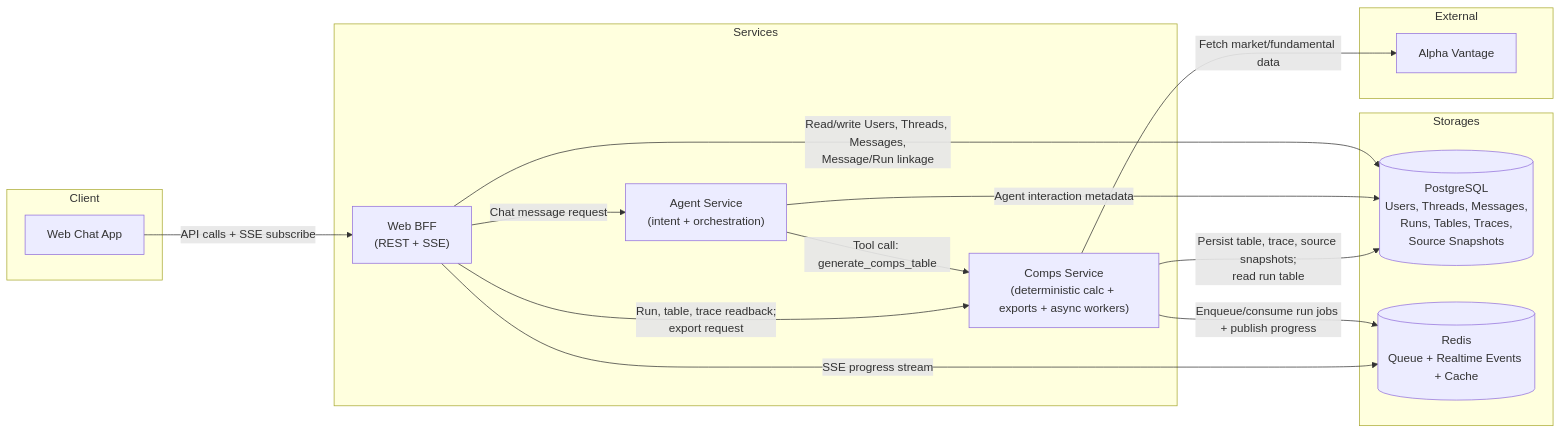
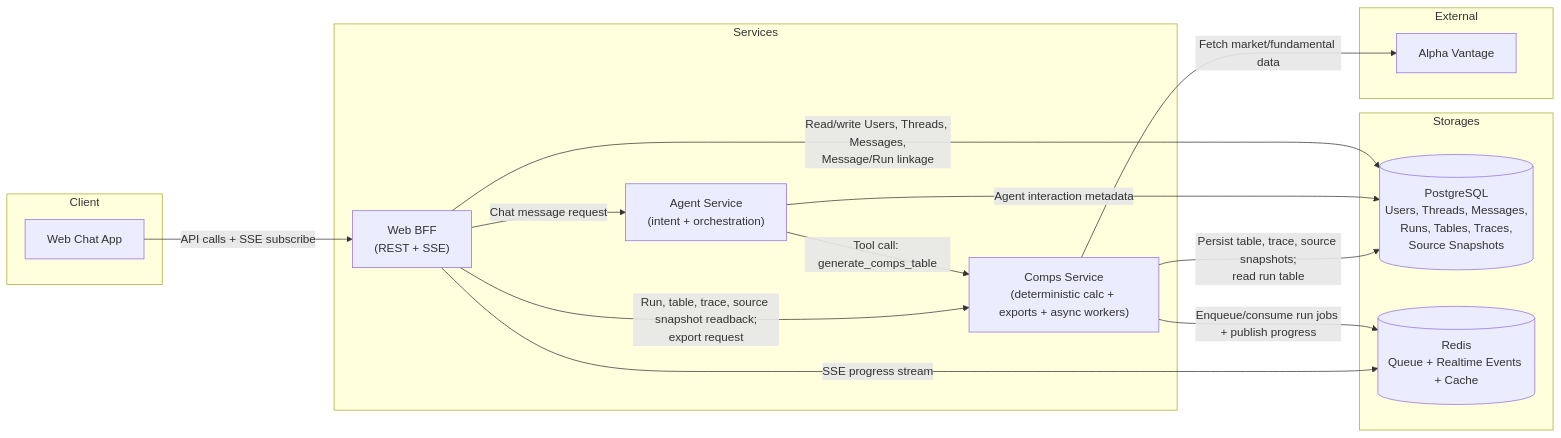
The diagram in docs/adr/ADR-001-mvp-high-level-architecture.md (zer0plus/talk-to-your-stock), drawn with Mermaid before and after one commit. The commit also changed 14 other files, not shown here.

Commit message:
Complete the production-shaped comps run path (#56)

````diff
--- a/docs/adr/ADR-001-mvp-high-level-architecture.md
+++ b/docs/adr/ADR-001-mvp-high-level-architecture.md
@@ -17,36 +17,36 @@
 ```mermaid
 flowchart LR
   subgraph Client
     WEB["Web Chat App"]
   end
 
   subgraph Services
     BFF["Web BFF<br/>(REST + SSE)"]
     AGENT["Agent Service<br/>(intent + orchestration)"]
     COMPS["Comps Service<br/>(deterministic calc + exports + async workers)"]
   end
 
   subgraph Storages
     PG[("PostgreSQL<br/>Users, Threads, Messages,<br/>Runs, Tables, Traces,<br/>Source Snapshots")]
     REDIS[("Redis<br/>Queue + Realtime Events + Cache")]
   end
 
   subgraph External
     AV["Alpha Vantage"]
   end
 
   WEB -->|"API calls + SSE subscribe"| BFF
 
   BFF -->|"Chat message request"| AGENT
   AGENT -->|"Tool call: generate_comps_table"| COMPS
-  BFF -->|"Run, table, trace readback;<br/>export request"| COMPS
+  BFF -->|"Run, table, trace, source snapshot readback;<br/>export request"| COMPS
 
   BFF -->|"Read/write Users, Threads, Messages,<br/>Message/Run linkage"| PG
   AGENT -->|"Agent interaction metadata"| PG
   COMPS -->|"Persist table, trace, source snapshots;<br/>read run table"| PG
 
   COMPS -->|"Enqueue/consume run jobs + publish progress"| REDIS
   BFF -->|"SSE progress stream"| REDIS
 
   COMPS -->|"Fetch market/fundamental data"| AV
 ```
````
